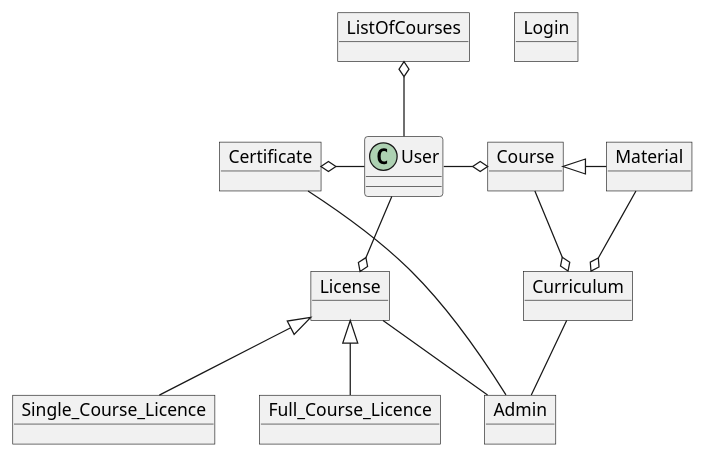
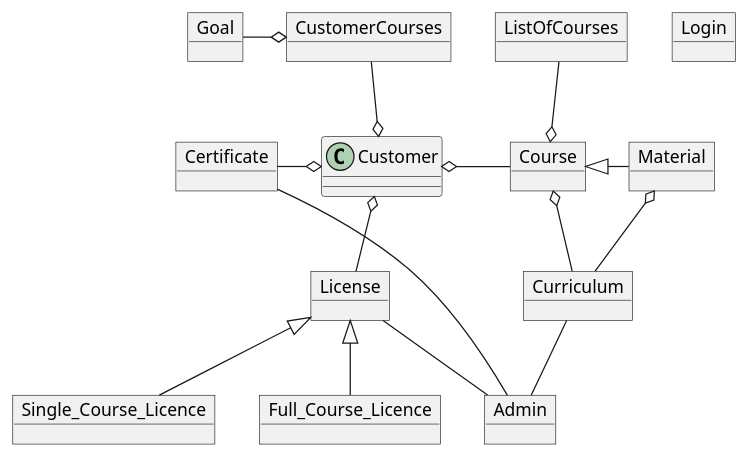
The diagram in src/DomæneModellering.puml (Rene061089/PlatumlDomeaneModdelering), drawn with PlantUML before and after one commit.

Commit message:
Opdateret Domænemodel

```diff
--- a/src/DomæneModellering.puml
+++ b/src/DomæneModellering.puml
@@ -1,34 +1,37 @@
 @startuml
-class User{
+class Customer{
 }
 
 object Login
 object Admin
 object Single_Course_Licence
 object Full_Course_Licence
 object Course
 object Certificate
 object Material
 object License
 object Curriculum
 object ListOfCourses
+object Goal
+object CustomerCourses
 
-
-ListOfCourses o-down-User
-User -down-o License
-User -left-o Certificate
-Course o-left- User
+CustomerCourses -down-o Customer
+CustomerCourses o-left- Goal
+ListOfCourses -down-o Course
+Customer o-down- License
+Customer o-left- Certificate
+Course -left-o Customer
 
 
 License <|-down- Single_Course_Licence
 License <|-down-  Full_Course_Licence
 
 Course <|-right- Material
 
 License -right- Admin
 Certificate -right- Admin
 Curriculum -down- Admin
-Material -down-o Curriculum
-Course -down-o Curriculum
+Material o-down- Curriculum
+Course o-down- Curriculum
 
 @enduml
```
